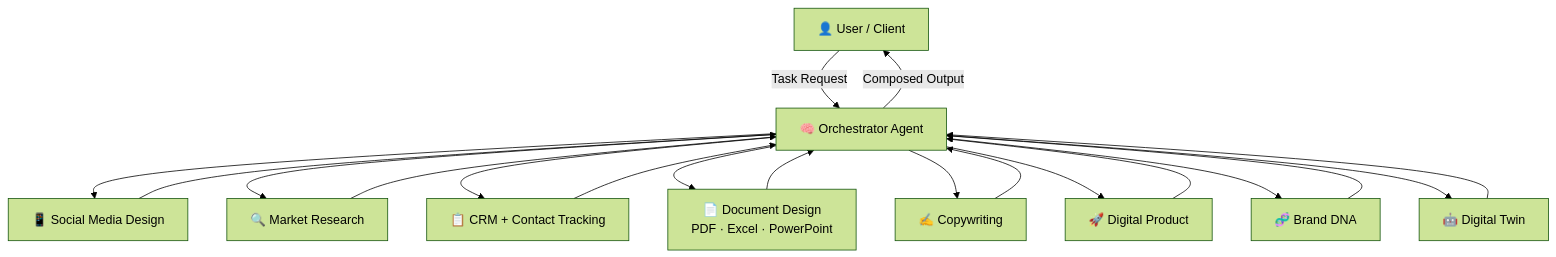
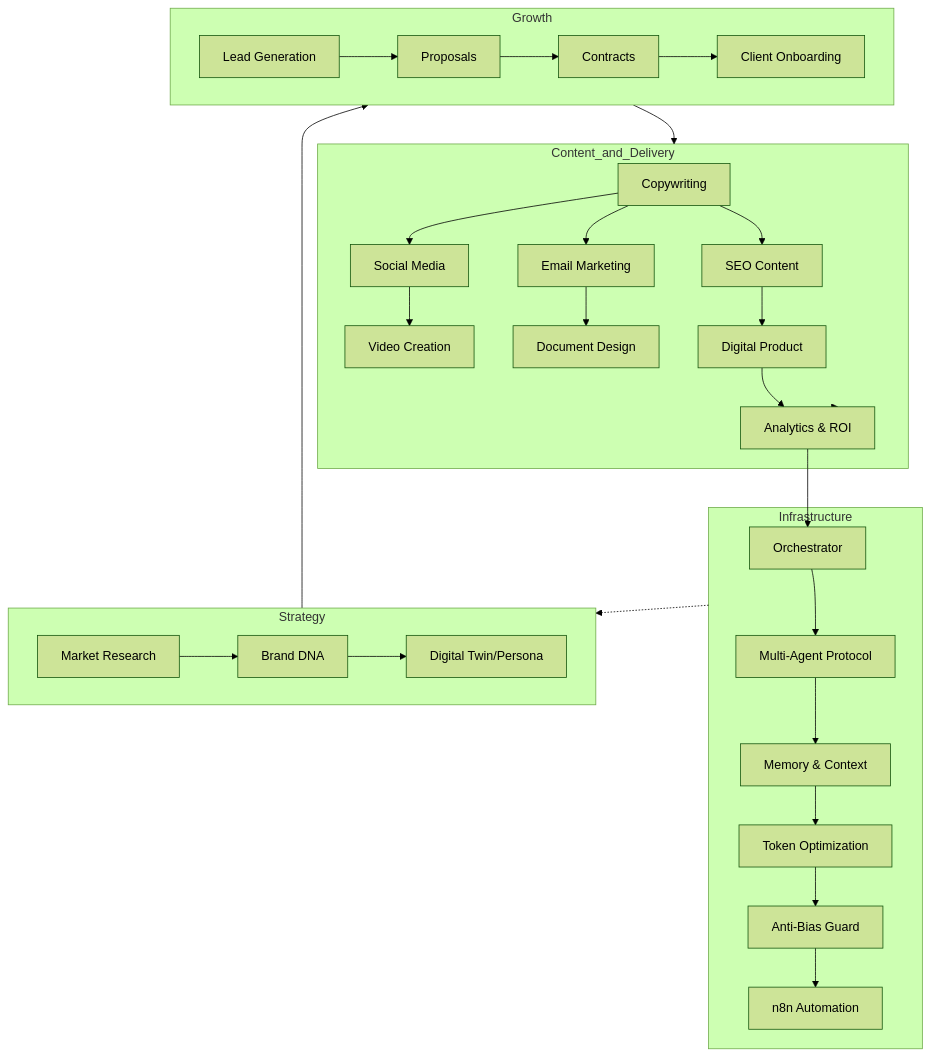
Before and after one commit to kenbenju/idealab-multiagent-skills: the diagram in README.md, drawn with Mermaid (forest theme). The commit also changed other lines of this file and 39 other files, not shown here.

````diff
--- a/README.md
+++ b/README.md
@@ -29,24 +13,42 @@
 ```mermaid
 graph TD
-    U[👤 User / Client] -->|Task Request| ORC[🧠 Orchestrator Agent]
+    %% Infrastructure Layer
+    subgraph Infrastructure
+        ORC[Orchestrator] --> MA[Multi-Agent Protocol]
+        MA --> MEM[Memory & Context]
+        MEM --> TO[Token Optimization]
+        TO --> AB[Anti-Bias Guard]
+        AB --> N8N[n8n Automation]
+    end
 
-    ORC --> SM[📱 Social Media Design]
-    ORC --> MR[🔍 Market Research]
-    ORC --> CRM[📋 CRM + Contact Tracking]
-    ORC --> DOC[📄 Document Design\nPDF · Excel · PowerPoint]
-    ORC --> CW[✍️ Copywriting]
-    ORC --> DP[🚀 Digital Product]
-    ORC --> BD[🧬 Brand DNA]
-    ORC --> DT[🤖 Digital Twin]
+    %% Strategy Layer
+    subgraph Strategy
+        MR[Market Research] --> BD[Brand DNA]
+        BD --> DT[Digital Twin/Persona]
+    end
 
-    SM --> ORC
-    MR --> ORC
-    CRM --> ORC
-    DOC --> ORC
-    CW --> ORC
-    DP --> ORC
-    BD --> ORC
-    DT --> ORC
+    %% Growth Layer
+    subgraph Growth
+        LG[Lead Generation] --> PR[Proposals]
+        PR --> CON[Contracts]
+        CON --> ONB[Client Onboarding]
+    end
 
-    ORC -->|Composed Output| U
+    %% Creation/Delivery Layer
+    subgraph Content_and_Delivery
+        CPY[Copywriting] --> SM[Social Media]
+        CPY --> EMA[Email Marketing]
+        SM --> VID[Video Creation]
+        CPY --> SEO[SEO Content]
+        EMA --> DOC[Document Design]
+        SEO --> DPR[Digital Product]
+        DPR --> ANL[Analytics & ROI]
+    end
+
+    %% Connections
+    Infrastructure -.-> Strategy
+    Strategy --> Growth
+    Growth --> Content_and_Delivery
+    Content_and_Delivery --> ANL
+    ANL --> ORC
 ```
````
